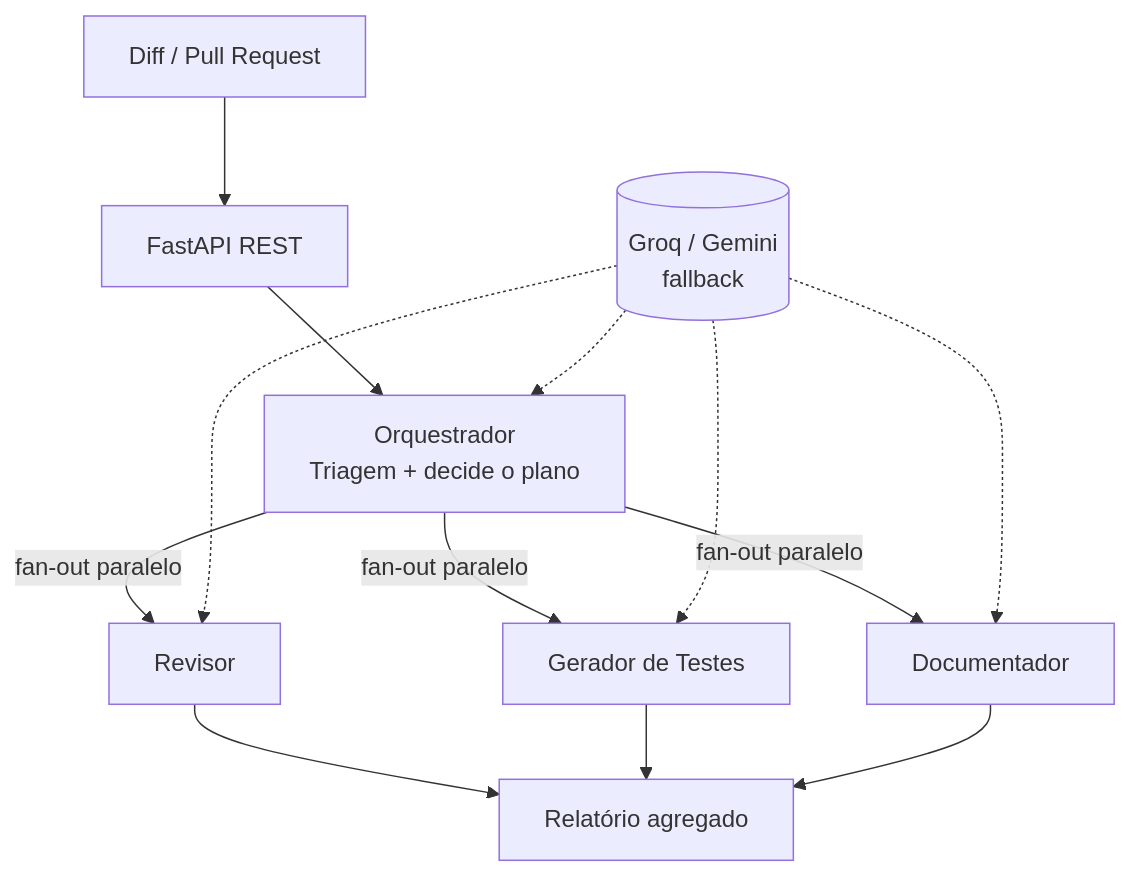
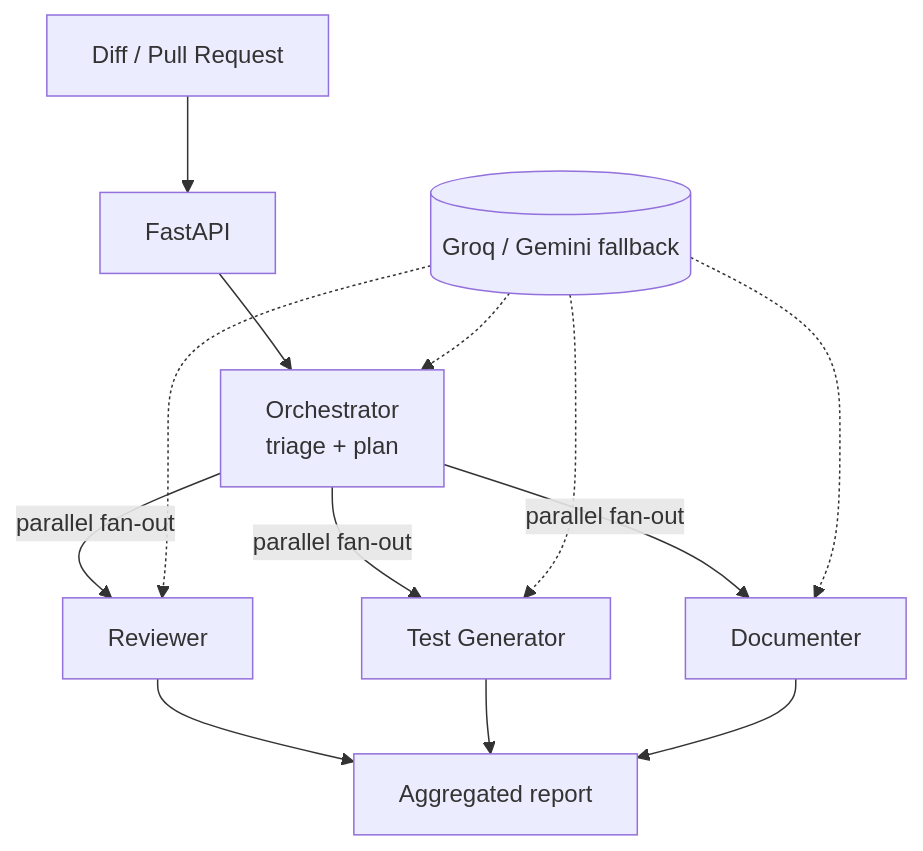
Before and after one commit to GabCaldas/devflow-ai: the diagram in README.md, drawn with Mermaid. The commit also changed other lines of this file and 17 other files, not shown here.

````diff
--- a/README.md
+++ b/README.md
@@ -26,12 +27,12 @@
 ```mermaid
 flowchart TD
-    PR[Diff / Pull Request] --> API[FastAPI REST]
-    API --> ORQ[Orquestrador<br/>Triagem + decide o plano]
-    ORQ -->|fan-out paralelo| REV[Revisor]
-    ORQ -->|fan-out paralelo| TST[Gerador de Testes]
-    ORQ -->|fan-out paralelo| DOC[Documentador]
-    REV --> AGG[Relatório agregado]
+    PR[Diff / Pull Request] --> API[FastAPI]
+    API --> ORQ[Orchestrator<br/>triage + plan]
+    ORQ -->|parallel fan-out| REV[Reviewer]
+    ORQ -->|parallel fan-out| TST[Test Generator]
+    ORQ -->|parallel fan-out| DOC[Documenter]
+    REV --> AGG[Aggregated report]
     TST --> AGG
     DOC --> AGG
-    LLM[(Groq / Gemini<br/>fallback)] -.-> REV & TST & DOC & ORQ
+    LLM[(Groq / Gemini fallback)] -.-> REV & TST & DOC & ORQ
 ```
````
